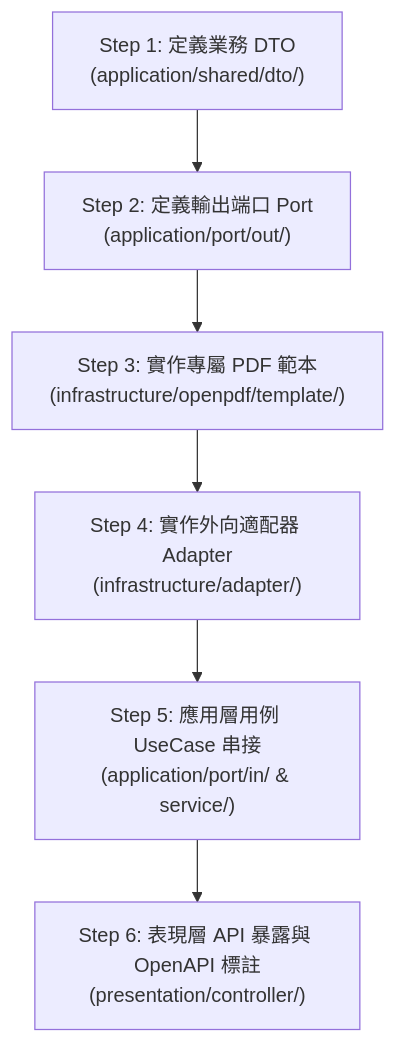
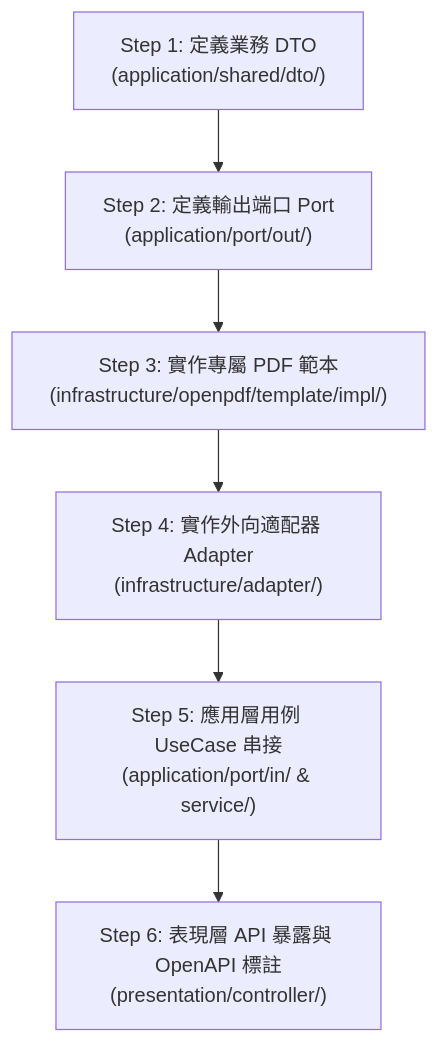
The diagram in doc/design/openpdf/custom_openpdf_template_guide.md (nick54785478/pdf-module), drawn with Mermaid before and after one commit. The commit also changed other lines of this file and 18 other files, not shown here.

````diff
--- a/doc/design/openpdf/custom_openpdf_template_guide.md
+++ b/doc/design/openpdf/custom_openpdf_template_guide.md
@@ -20,8 +20,8 @@
 ```mermaid
 flowchart TD
     Step1["Step 1: 定義業務 DTO<br/>(application/shared/dto/)"] --> Step2["Step 2: 定義輸出端口 Port<br/>(application/port/out/)"]
-    Step2 --> Step3["Step 3: 實作專屬 PDF 範本<br/>(infrastructure/openpdf/template/)"]
+    Step2 --> Step3["Step 3: 實作專屬 PDF 範本<br/>(infrastructure/openpdf/template/impl/)"]
     Step3 --> Step4["Step 4: 實作外向適配器 Adapter<br/>(infrastructure/adapter/)"]
     Step4 --> Step5["Step 5: 應用層用例 UseCase 串接<br/>(application/port/in/ & service/)"]
     Step5 --> Step6["Step 6: 表現層 API 暴露與 OpenAPI 標註<br/>(presentation/controller/)"]
 ```
````
